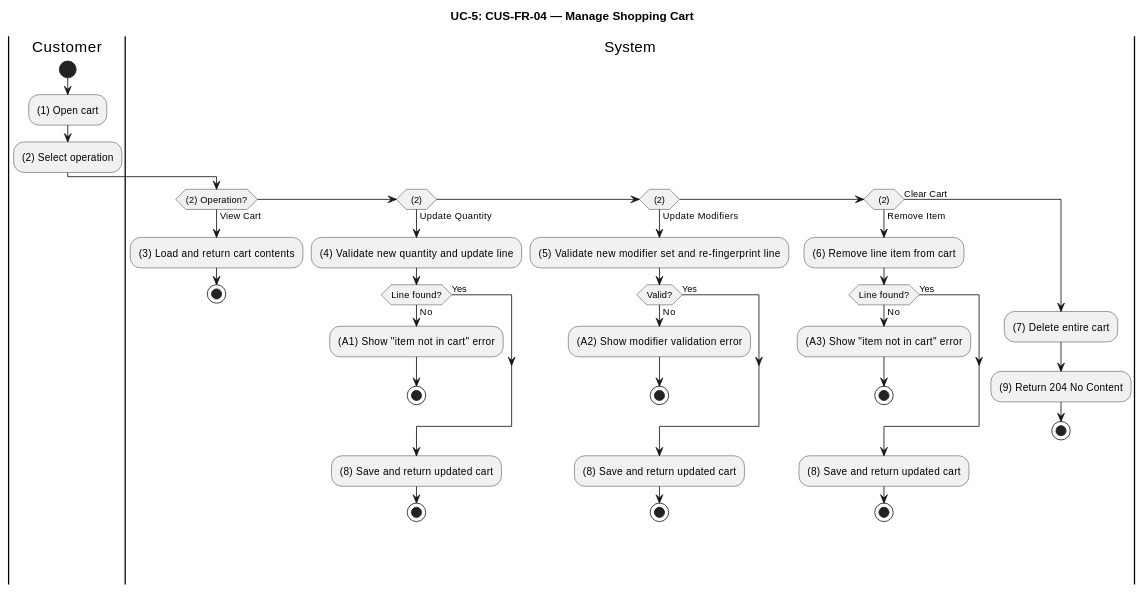
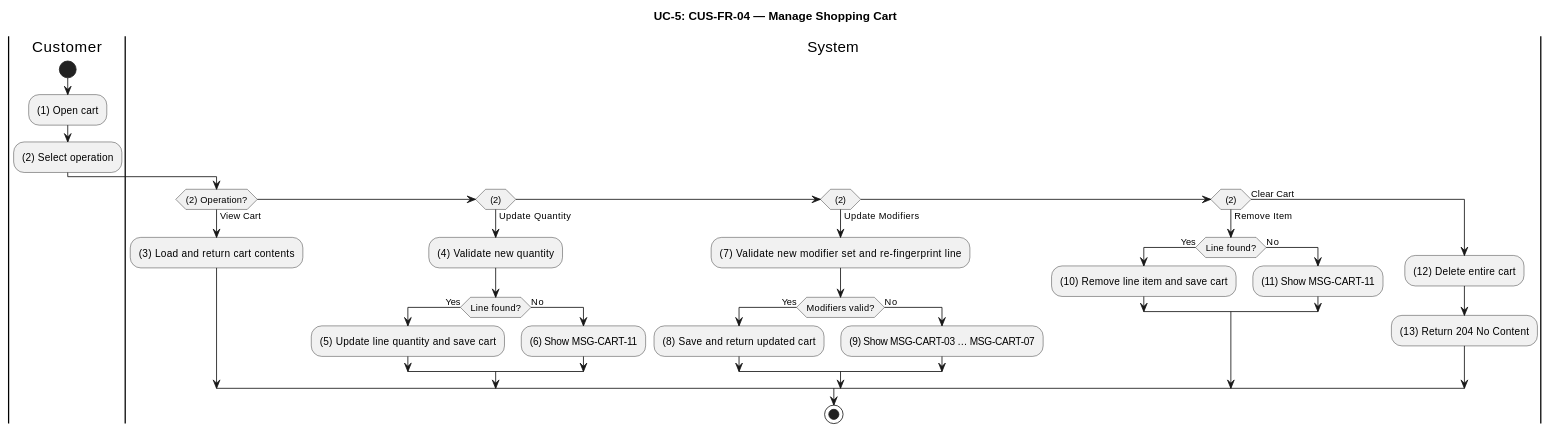
Before and after one commit to luubinhdeptrai/Food_Delivery: the fifth of 10 diagrams in apps/api/docs/Final_Documents/SRS_FoodDelivery.md, drawn with PlantUML. The commit also changed other lines of this file and 1 other file, not shown here.

````diff
--- a/apps/api/docs/Final_Documents/SRS_FoodDelivery.md
+++ b/apps/api/docs/Final_Documents/SRS_FoodDelivery.md
@@ -366,48 +387,40 @@
 ```plantuml
 @startuml UC5-Manage-Cart
 title UC-5: CUS-FR-04 — Manage Shopping Cart
 skinparam ConditionEndStyle hline
 
 |Customer|
 start
 :(1) Open cart;
 :(2) Select operation;
 
 |System|
 if ((2) Operation?) then (View Cart)
   :(3) Load and return cart contents;
-  stop
 elseif ((2)) then (Update Quantity)
-  :(4) Validate new quantity and update line;
-  if (Line found?) then (No)
-    :(A1) Show "item not in cart" error;
-    stop
-  else (Yes)
+  :(4) Validate new quantity;
+  if (Line found?) then (Yes)
+    :(5) Update line quantity and save cart;
+  else (No)
+    :(6) Show MSG-CART-11;
   endif
-  :(8) Save and return updated cart;
-  stop
 elseif ((2)) then (Update Modifiers)
-  :(5) Validate new modifier set and re-fingerprint line;
-  if (Valid?) then (No)
-    :(A2) Show modifier validation error;
-    stop
-  else (Yes)
+  :(7) Validate new modifier set and re-fingerprint line;
+  if (Modifiers valid?) then (Yes)
+    :(8) Save and return updated cart;
+  else (No)
+    :(9) Show MSG-CART-03 … MSG-CART-07;
   endif
-  :(8) Save and return updated cart;
-  stop
 elseif ((2)) then (Remove Item)
-  :(6) Remove line item from cart;
-  if (Line found?) then (No)
-    :(A3) Show "item not in cart" error;
-    stop
-  else (Yes)
+  if (Line found?) then (Yes)
+    :(10) Remove line item and save cart;
+  else (No)
+    :(11) Show MSG-CART-11;
   endif
-  :(8) Save and return updated cart;
-  stop
 else (Clear Cart)
-  :(7) Delete entire cart;
-  :(9) Return 204 No Content;
-  stop
+  :(12) Delete entire cart;
+  :(13) Return 204 No Content;
 endif
+stop
 @enduml
 ```
````
